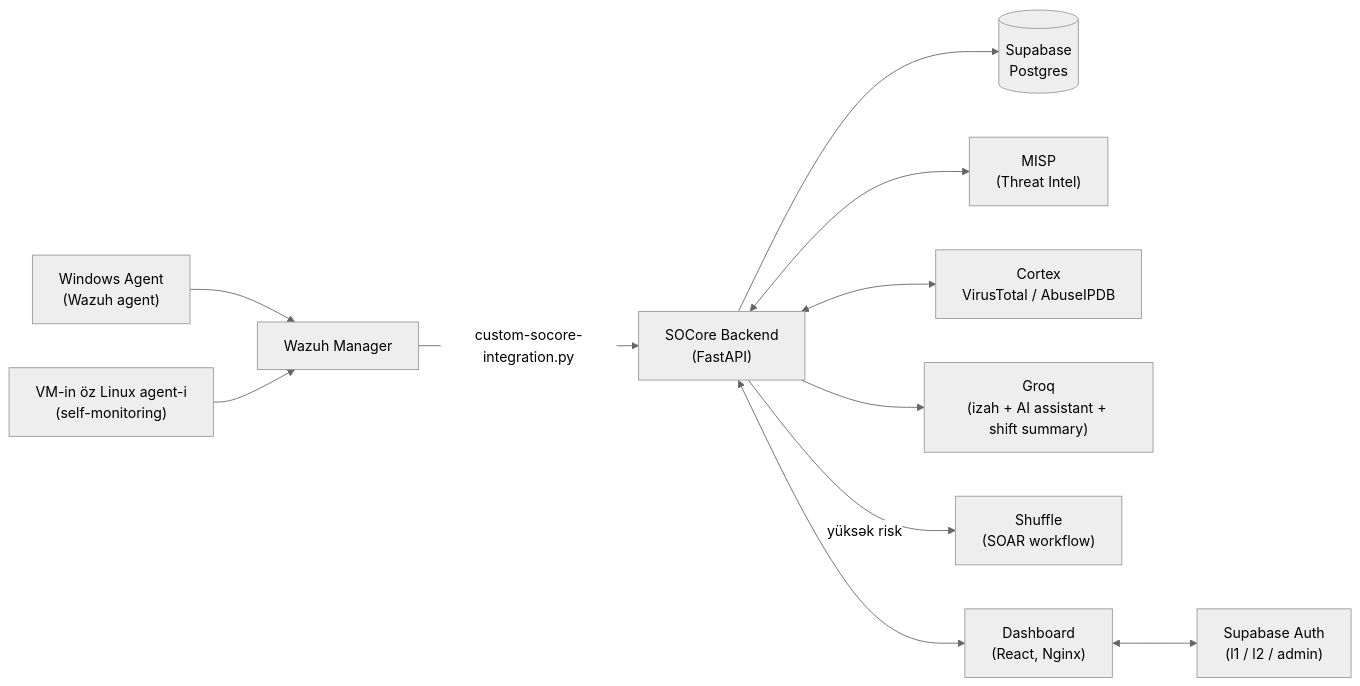
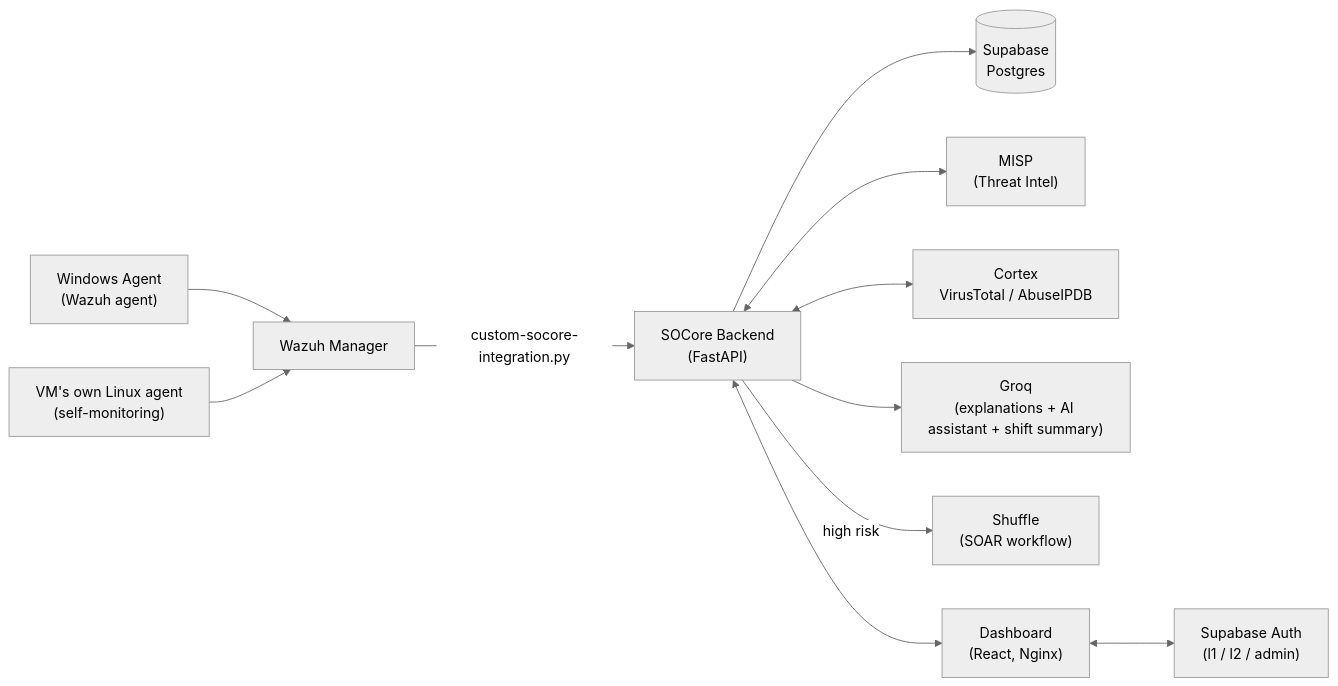
Before and after one commit to wondersofcode/SOCore: the diagram in README.md, drawn with Mermaid (neutral theme). The commit also changed other lines of this file and 3 other files, not shown here.

````diff
--- a/README.md
+++ b/README.md
@@ -38,13 +61,13 @@
 ```mermaid
 flowchart LR
     WinAgent["Windows Agent\n(Wazuh agent)"] --> Manager["Wazuh Manager"]
-    VMAgent["VM-in öz Linux agent-i\n(self-monitoring)"] --> Manager
+    VMAgent["VM's own Linux agent\n(self-monitoring)"] --> Manager
     Manager -->|"custom-socore-integration.py"| Backend["SOCore Backend\n(FastAPI)"]
     Backend --> DB[("Supabase\nPostgres")]
     Backend <--> MISP["MISP\n(Threat Intel)"]
     Backend <--> Cortex["Cortex\nVirusTotal / AbuseIPDB"]
-    Backend --> Groq["Groq\n(izah + AI assistant + shift summary)"]
-    Backend -->|"yüksək risk"| Shuffle["Shuffle\n(SOAR workflow)"]
+    Backend --> Groq["Groq\n(explanations + AI assistant + shift summary)"]
+    Backend -->|"high risk"| Shuffle["Shuffle\n(SOAR workflow)"]
     Backend <--> Dashboard["Dashboard\n(React, Nginx)"]
     Dashboard <--> Auth["Supabase Auth\n(l1 / l2 / admin)"]
 ```
````
